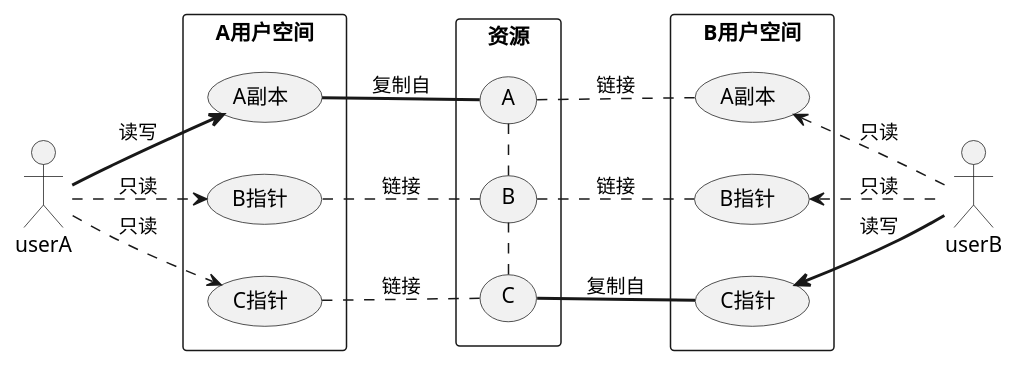
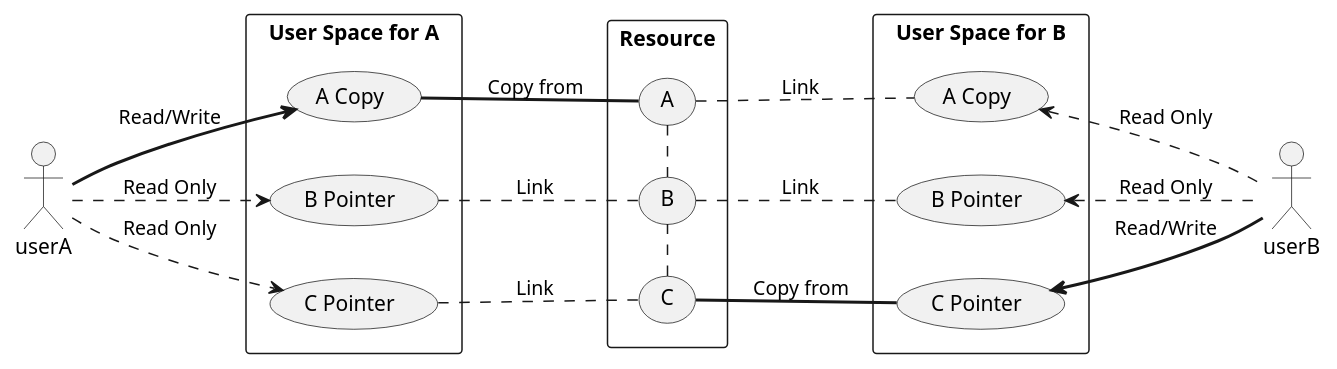
The second of 2 diagrams in src/en/_posts/container/2021-07-17-How To Run Container- 浅谈从镜像创建容器的实现细节.md (shabbywu/blog), drawn with PlantUML before and after one commit. The commit also changed other lines of this file and 1 other file, not shown here.

````diff
--- a/src/en/_posts/container/2021-07-17-How To Run Container- 浅谈从镜像创建容器的实现细节.md
+++ b/src/en/_posts/container/2021-07-17-How To Run Container- 浅谈从镜像创建容器的实现细节.md
@@ -144,42 +149,42 @@
 ```plantuml
 @startuml
 
 left to right direction
 skinparam packageStyle rectangle
 actor userA
 actor userB
 
-rectangle 资源 {
+rectangle Resource {
   (A) . (B)
   (C) . (B)
 }
 
-rectangle A用户空间 {
-    (A副本) as AA
-    (B指针) as AB
-    (C指针) as AC
-    (AA) == (A): 复制自
-    (AB) .. (B): 链接
-    (AC) .. (C): 链接
+rectangle "User Space for A" {
+    (A Copy) as AA
+    (B Pointer) as AB
+    (C Pointer) as AC
+    (AA) == (A): Copy from
+    (AB) .. (B): Link
+    (AC) .. (C): Link
 }
 
-rectangle B用户空间 {
-    (A副本) as BA
-    (B指针) as BB
-    (C指针) as BC
+rectangle "User Space for B" {
+    (A Copy) as BA
+    (B Pointer) as BB
+    (C Pointer) as BC
 
-    (A) .. (BA): 链接
-    (B) .. (BB): 链接
-    (C) == (BC): 复制自
+    (A) .. (BA): Link
+    (B) .. (BB): Link
+    (C) == (BC): Copy from
 }
 
-userA ==> (AA): 读写
-userA ..> (AB): 只读
-userA ..> (AC): 只读
+userA ==> (AA): Read/Write
+userA ..> (AB): Read Only
+userA ..> (AC): Read Only
 
-(BA) <.. userB: 只读
-(BB) <.. userB: 只读
-(BC) <== userB: 读写
+(BA) <.. userB: Read Only
+(BB) <.. userB: Read Only
+(BC) <== userB: Read/Write
 
 @enduml
 ```
````
